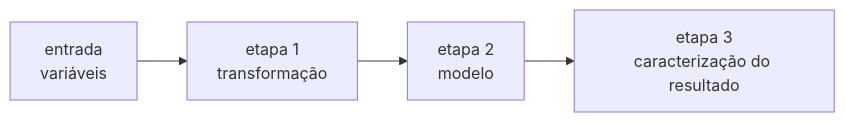
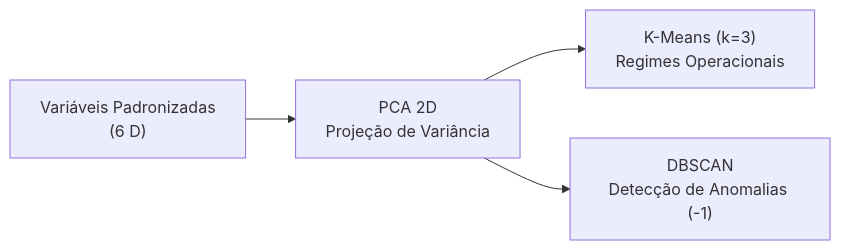
The diagram in docs/modelagem.md (Emanuel085/trab_unifor_template), drawn with Mermaid before and after one commit. The commit also changed other lines of this file and 5 other files, not shown here.

````diff
--- a/docs/modelagem.md
+++ b/docs/modelagem.md
@@ -68,6 +43,6 @@
 ```mermaid
 flowchart LR
-    A["entrada<br/>variáveis"] --> B["etapa 1<br/>transformação"]
-    B --> C["etapa 2<br/>modelo"]
-    C --> D["etapa 3<br/>caracterização do resultado"]
+    A["Variáveis Padronizadas<br/>(6 D)"] --> B["PCA 2D<br/>Projeção de Variância"]
+    B --> C["K-Means (k=3)<br/>Regimes Operacionais"]
+    B --> D["DBSCAN<br/>Detecção de Anomalias (-1)"]
 ```
````
